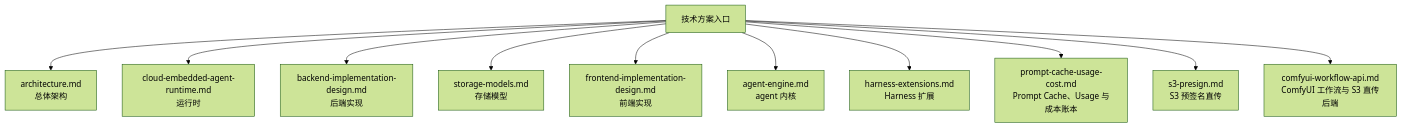
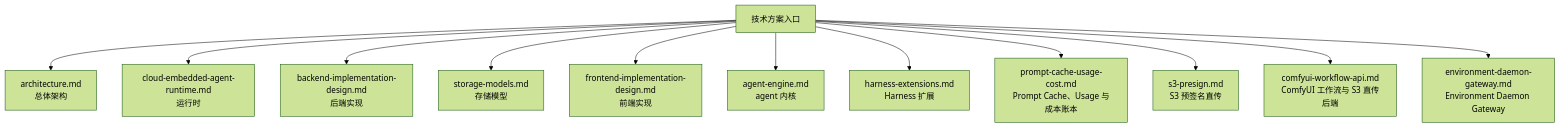
One commit to fengwk/kk-studio changed the diagram in docs/technical-solution/README.md. Above: the diagram before and after it, drawn with Mermaid (forest theme). The commit also changed other lines of this file and 28 other files, not shown here.

Commit message:
feat(daemon): add durable Environment gateway

````diff
--- a/docs/technical-solution/README.md
+++ b/docs/technical-solution/README.md
@@ -7,14 +7,15 @@
 ```mermaid
 flowchart TD
     A[技术方案入口]
     A --> B[architecture.md<br/>总体架构]
     A --> C[cloud-embedded-agent-runtime.md<br/>运行时]
     A --> D[backend-implementation-design.md<br/>后端实现]
     A --> E[storage-models.md<br/>存储模型]
     A --> F[frontend-implementation-design.md<br/>前端实现]
     A --> G[agent-engine.md<br/>agent 内核]
     A --> H[harness-extensions.md<br/>Harness 扩展]
     A --> I[prompt-cache-usage-cost.md<br/>Prompt Cache、Usage 与成本账本]
     A --> J[s3-presign.md<br/>S3 预签名直传]
     A --> K[comfyui-workflow-api.md<br/>ComfyUI 工作流与 S3 直传后端]
+    A --> L[environment-daemon-gateway.md<br/>Environment Daemon Gateway]
 ```
````
